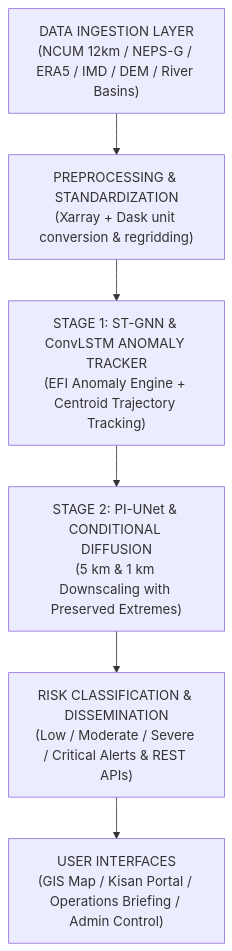
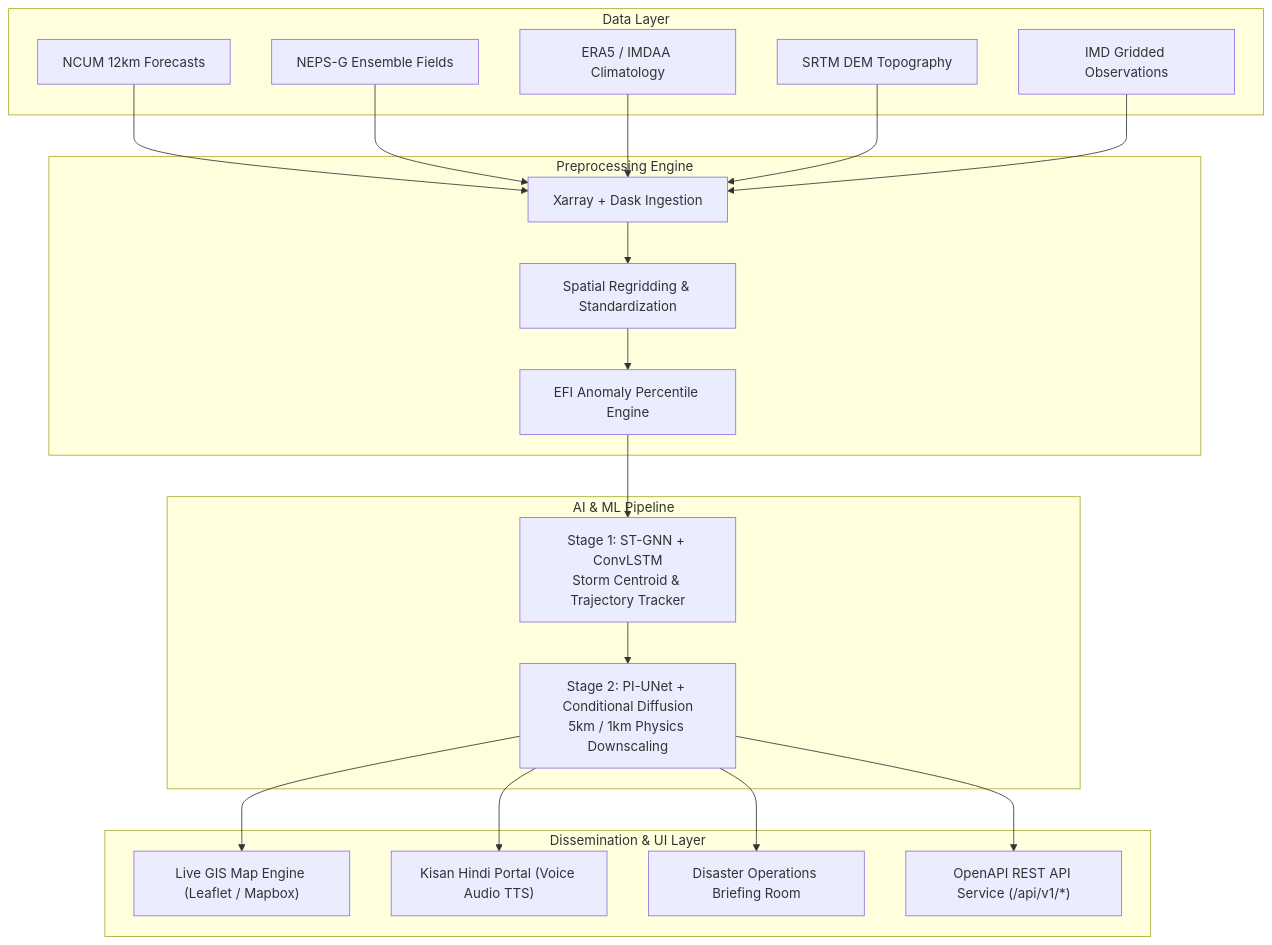
The diagram in README.md (Alokzhan/wheatherSIH), drawn with Mermaid before and after one commit. The commit also changed other lines of this file, not shown here.

````diff
--- a/README.md
+++ b/README.md
@@ -35,8 +46,32 @@
 ```mermaid
 flowchart TD
-    A["DATA INGESTION LAYER<br/>(NCUM 12km / NEPS-G / ERA5 / IMD / DEM / River Basins)"] --> B["PREPROCESSING & STANDARDIZATION<br/>(Xarray + Dask unit conversion & regridding)"]
-    B --> C["STAGE 1: ST-GNN & ConvLSTM ANOMALY TRACKER<br/>(EFI Anomaly Engine + Centroid Trajectory Tracking)"]
-    C --> D["STAGE 2: PI-UNet & CONDITIONAL DIFFUSION<br/>(5 km & 1 km Downscaling with Preserved Extremes)"]
-    D --> E["RISK CLASSIFICATION & DISSEMINATION<br/>(Low / Moderate / Severe / Critical Alerts & REST APIs)"]
-    E --> F["USER INTERFACES<br/>(GIS Map / Kisan Portal / Operations Briefing / Admin Control)"]
+    subgraph Data Layer
+        A1["NCUM 12km Forecasts"]
+        A2["NEPS-G Ensemble Fields"]
+        A3["ERA5 / IMDAA Climatology"]
+        A4["SRTM DEM Topography"]
+        A5["IMD Gridded Observations"]
+    end
+
+    subgraph Preprocessing Engine
+        B1["Xarray + Dask Ingestion"]
+        B2["Spatial Regridding & Standardization"]
+        B3["EFI Anomaly Percentile Engine"]
+    end
+
+    subgraph AI & ML Pipeline
+        C1["Stage 1: ST-GNN + ConvLSTM<br/>Storm Centroid & Trajectory Tracker"]
+        C2["Stage 2: PI-UNet + Conditional Diffusion<br/>5km / 1km Physics Downscaling"]
+    end
+
+    subgraph Dissemination & UI Layer
+        D1["Live GIS Map Engine (Leaflet / Mapbox)"]
+        D2["Kisan Hindi Portal (Voice Audio TTS)"]
+        D3["Disaster Operations Briefing Room"]
+        D4["OpenAPI REST API Service (/api/v1/*)"]
+    end
+
+    A1 & A2 & A3 & A4 & A5 --> B1 --> B2 --> B3
+    B3 --> C1 --> C2
+    C2 --> D1 & D2 & D3 & D4
 ```
````
